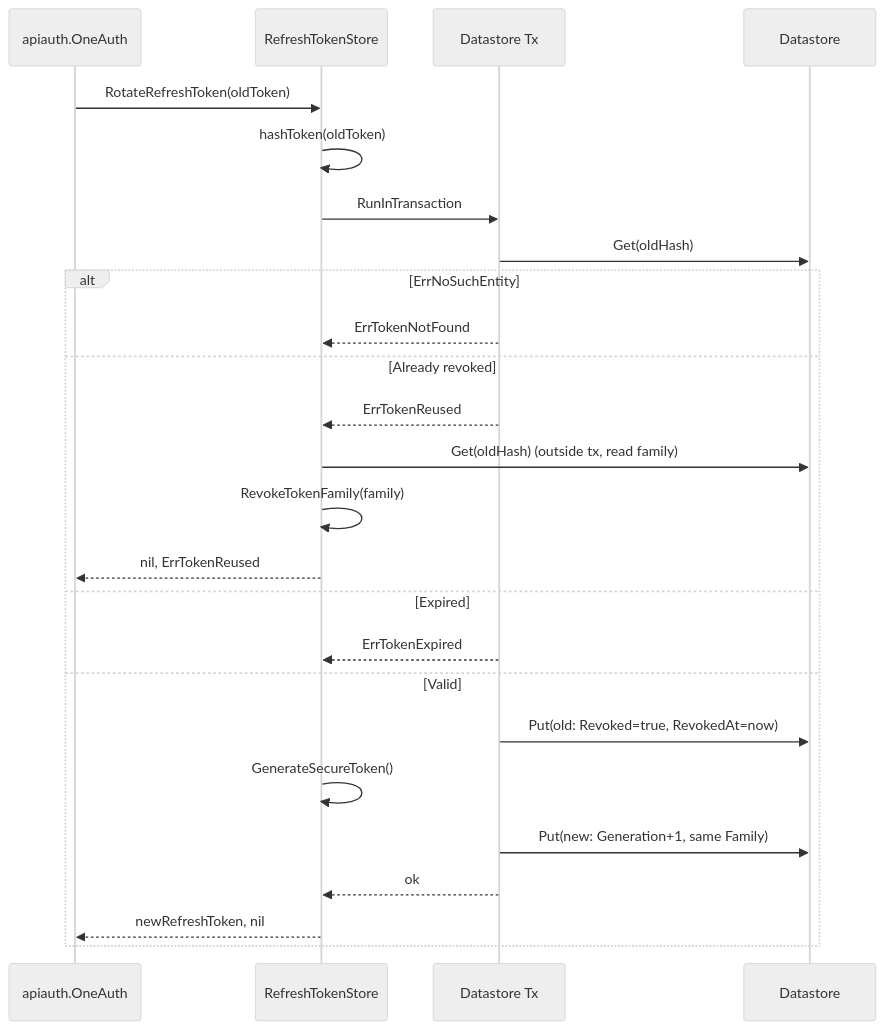
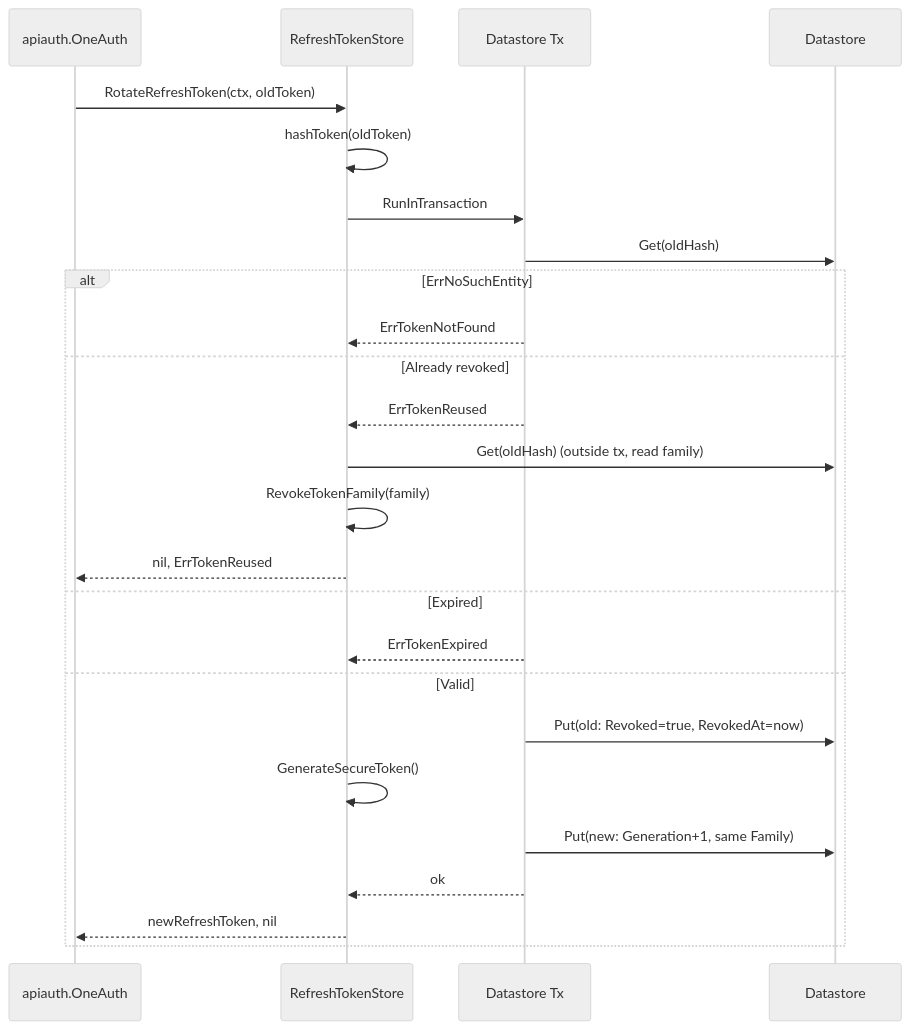
Before and after one commit to panyam/oneauth: the first of 4 diagrams in stores/gae/DESIGN.md, drawn with Mermaid (neutral theme). The commit also changed other lines of this file and 38 other files, not shown here.

````diff
--- a/stores/gae/DESIGN.md
+++ b/stores/gae/DESIGN.md
@@ -53,28 +53,28 @@
 ```mermaid
 sequenceDiagram
     participant Caller as apiauth.OneAuth
     participant Store as RefreshTokenStore
     participant Tx as Datastore Tx
     participant DS as Datastore
 
-    Caller->>Store: RotateRefreshToken(oldToken)
+    Caller->>Store: RotateRefreshToken(ctx, oldToken)
     Store->>Store: hashToken(oldToken)
     Store->>Tx: RunInTransaction
     Tx->>DS: Get(oldHash)
     alt ErrNoSuchEntity
         Tx-->>Store: ErrTokenNotFound
     else Already revoked
         Tx-->>Store: ErrTokenReused
         Store->>DS: Get(oldHash) (outside tx, read family)
         Store->>Store: RevokeTokenFamily(family)
         Store-->>Caller: nil, ErrTokenReused
     else Expired
         Tx-->>Store: ErrTokenExpired
     else Valid
         Tx->>DS: Put(old: Revoked=true, RevokedAt=now)
         Store->>Store: GenerateSecureToken()
         Tx->>DS: Put(new: Generation+1, same Family)
         Tx-->>Store: ok
         Store-->>Caller: newRefreshToken, nil
     end
 ```
````
